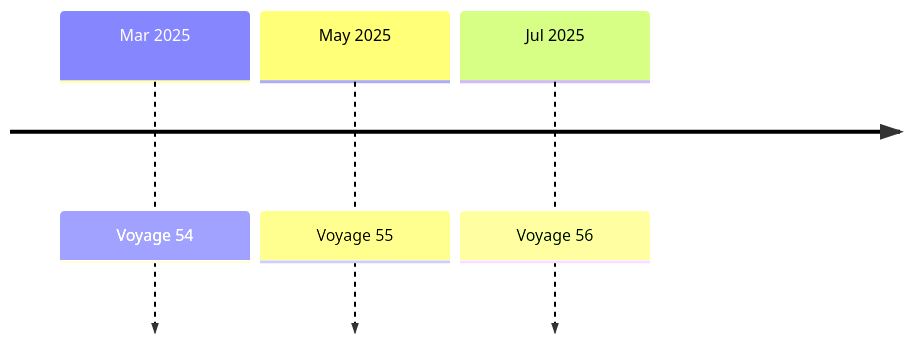
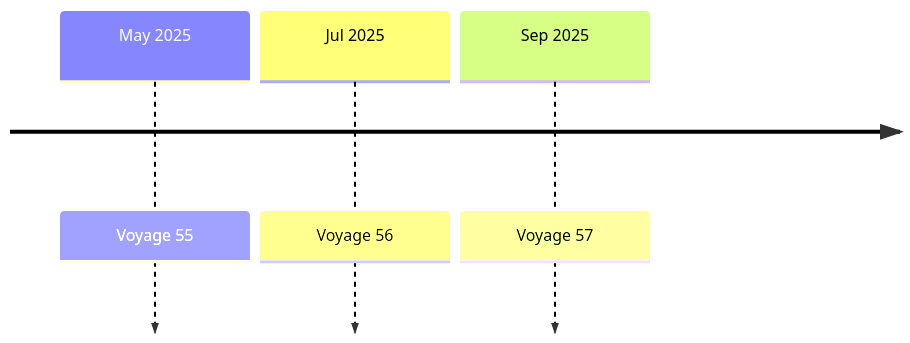
One commit to chingu-voyages/Handbook changed the first of 2 diagrams in docs/guides/voyage/voyage.md. Above: the diagram before and after it, drawn with Mermaid. The commit also changed other lines of this file, not shown here.

Commit message:
Feature: Update Voyage Schedule for V57

````diff
--- a/docs/guides/voyage/voyage.md
+++ b/docs/guides/voyage/voyage.md
@@ -31,6 +31,6 @@
 ```mermaid
   timeline
-    Mar 2025 : Voyage 54
     May 2025 : Voyage 55
     Jul 2025 : Voyage 56
+    Sep 2025 : Voyage 57
 ```
````
